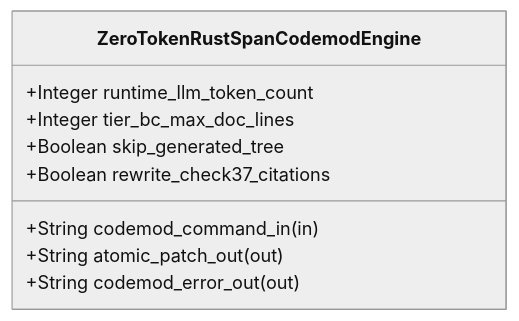
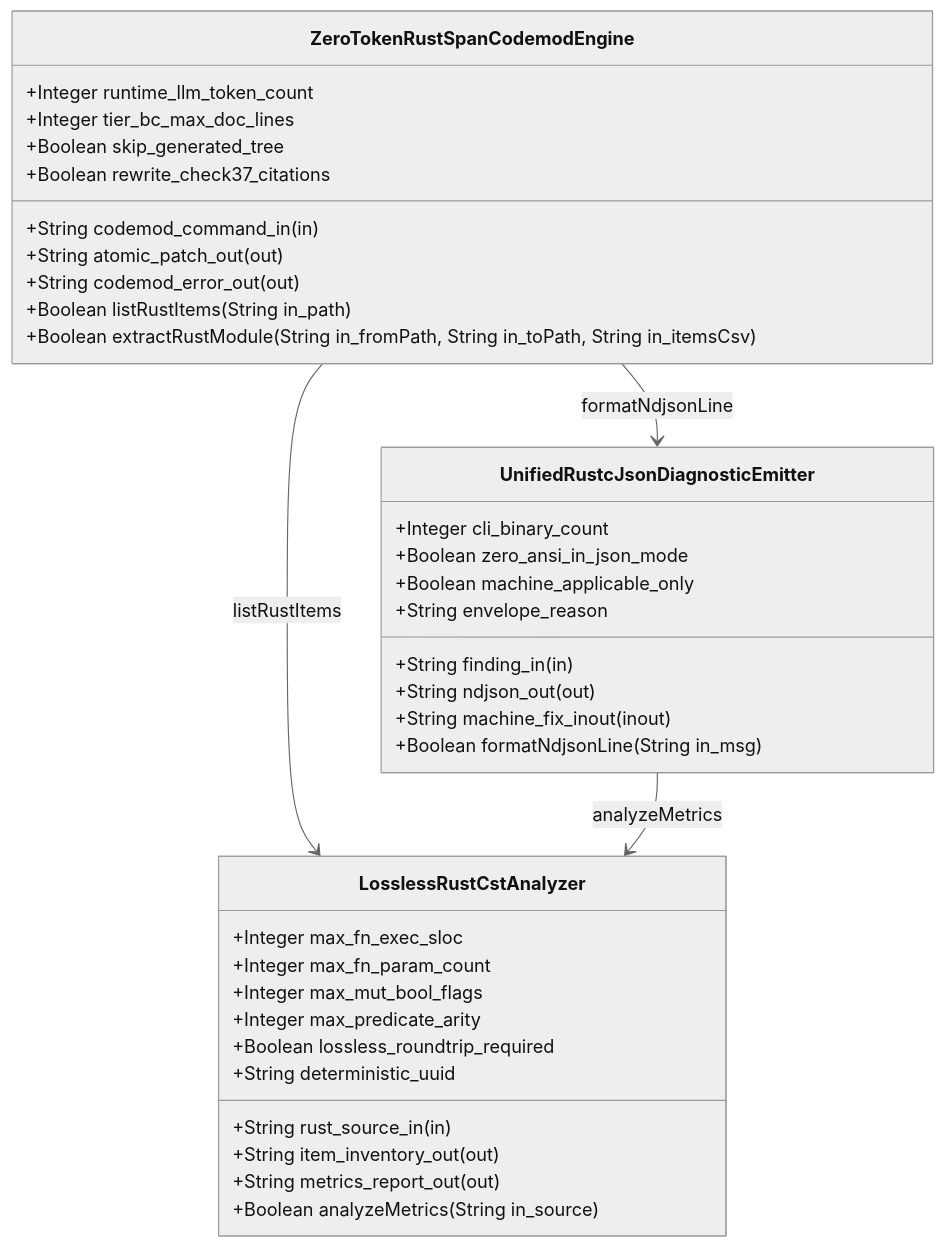
Before and after one commit to gintatkinson/DEAP01-spec-core: the first of 2 diagrams in .pipeline/upstream/docs/features/FEAT-45-ZeroTokenRustSpanCodemodEngine.md, drawn with Mermaid (neutral theme). The commit also changed other lines of this file and 2 other files, not shown here.

````diff
--- a/.pipeline/upstream/docs/features/FEAT-45-ZeroTokenRustSpanCodemodEngine.md
+++ b/.pipeline/upstream/docs/features/FEAT-45-ZeroTokenRustSpanCodemodEngine.md
@@ -16,12 +67,40 @@
 ```mermaid
 classDiagram
     class ZeroTokenRustSpanCodemodEngine {
         +String codemod_command_in (in)
         +String atomic_patch_out (out)
         +String codemod_error_out (out)
         +Integer runtime_llm_token_count
         +Integer tier_bc_max_doc_lines
         +Boolean skip_generated_tree
         +Boolean rewrite_check37_citations
+        +Boolean listRustItems(String in_path)
+        +Boolean extractRustModule(String in_fromPath, String in_toPath, String in_itemsCsv)
     }
+    class LosslessRustCstAnalyzer {
+        +String rust_source_in (in)
+        +String item_inventory_out (out)
+        +String metrics_report_out (out)
+        +Integer max_fn_exec_sloc
+        +Integer max_fn_param_count
+        +Integer max_mut_bool_flags
+        +Integer max_predicate_arity
+        +Boolean lossless_roundtrip_required
+        +String deterministic_uuid
+        +Boolean analyzeMetrics(String in_source)
+    }
+    class UnifiedRustcJsonDiagnosticEmitter {
+        +String finding_in (in)
+        +String ndjson_out (out)
+        +String machine_fix_inout (inout)
+        +Integer cli_binary_count
+        +Boolean zero_ansi_in_json_mode
+        +Boolean machine_applicable_only
+        +String envelope_reason
+        +Boolean formatNdjsonLine(String in_msg)
+    }
+
+    ZeroTokenRustSpanCodemodEngine --> LosslessRustCstAnalyzer : listRustItems
+    ZeroTokenRustSpanCodemodEngine --> UnifiedRustcJsonDiagnosticEmitter : formatNdjsonLine
+    UnifiedRustcJsonDiagnosticEmitter --> LosslessRustCstAnalyzer : analyzeMetrics
 ```
````
